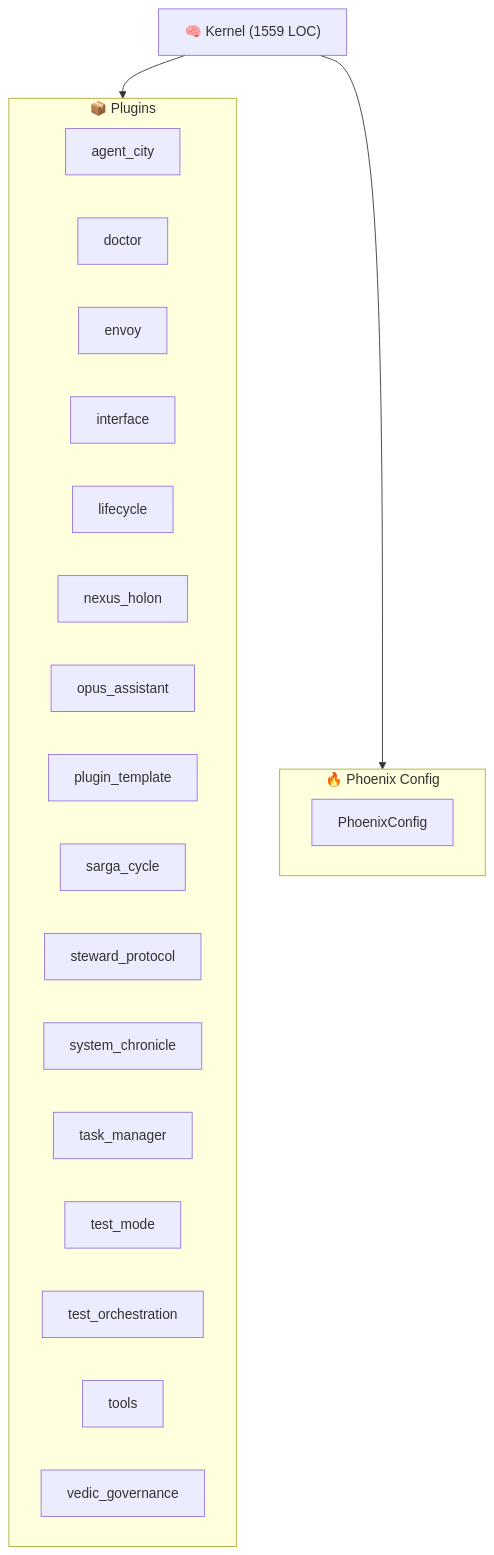
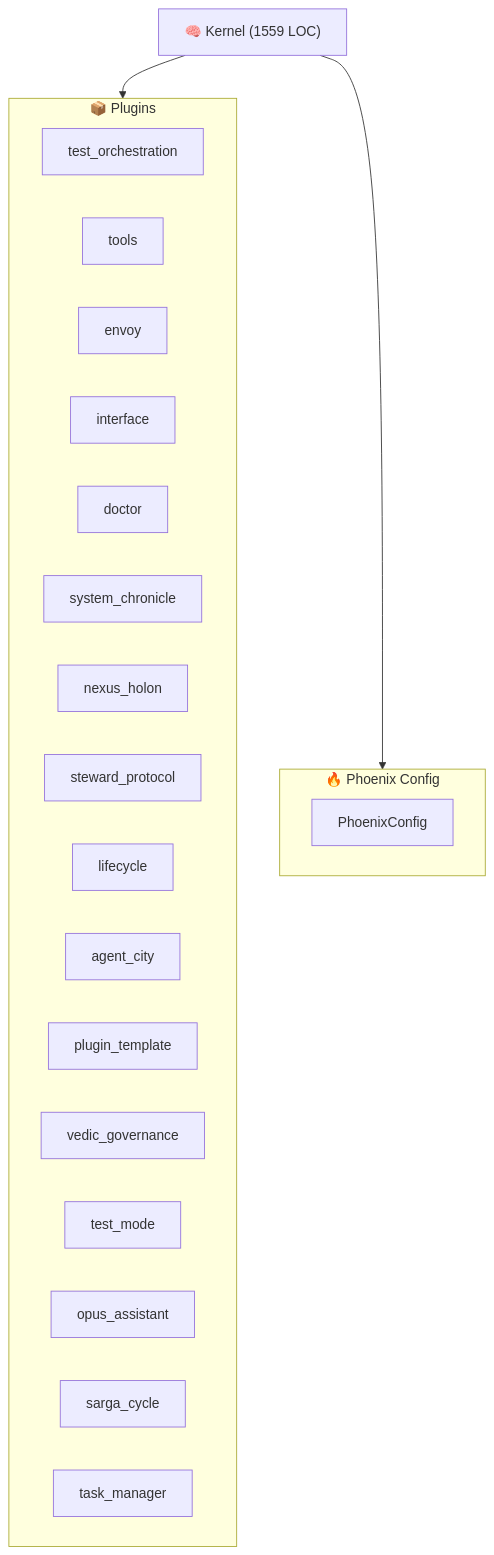
One commit to kimeisele/steward-protocol changed the diagram in ARCHITECTURE.md. Above: the diagram before and after it, drawn with Mermaid. The commit also changed other lines of this file and 13 other files, not shown here.

````diff
--- a/ARCHITECTURE.md
+++ b/ARCHITECTURE.md
@@ -8,27 +8,27 @@
 ```mermaid
 graph TB
     K["🧠 Kernel (1559 LOC)"]
     subgraph Plugins["📦 Plugins"]
-        P_agent_city["agent_city"]
-        P_doctor["doctor"]
+        P_test_orchestration["test_orchestration"]
+        P_tools["tools"]
         P_envoy["envoy"]
         P_interface["interface"]
+        P_doctor["doctor"]
+        P_system_chronicle["system_chronicle"]
+        P_nexus_holon["nexus_holon"]
+        P_steward_protocol["steward_protocol"]
         P_lifecycle["lifecycle"]
-        P_nexus_holon["nexus_holon"]
+        P_agent_city["agent_city"]
+        P_plugin_template["plugin_template"]
+        P_vedic_governance["vedic_governance"]
+        P_test_mode["test_mode"]
         P_opus_assistant["opus_assistant"]
-        P_plugin_template["plugin_template"]
         P_sarga_cycle["sarga_cycle"]
-        P_steward_protocol["steward_protocol"]
-        P_system_chronicle["system_chronicle"]
         P_task_manager["task_manager"]
-        P_test_mode["test_mode"]
-        P_test_orchestration["test_orchestration"]
-        P_tools["tools"]
-        P_vedic_governance["vedic_governance"]
     end
     K --> Plugins
     subgraph Config["🔥 Phoenix Config"]
         PC[PhoenixConfig]
     end
     K --> Config
 ```
````
